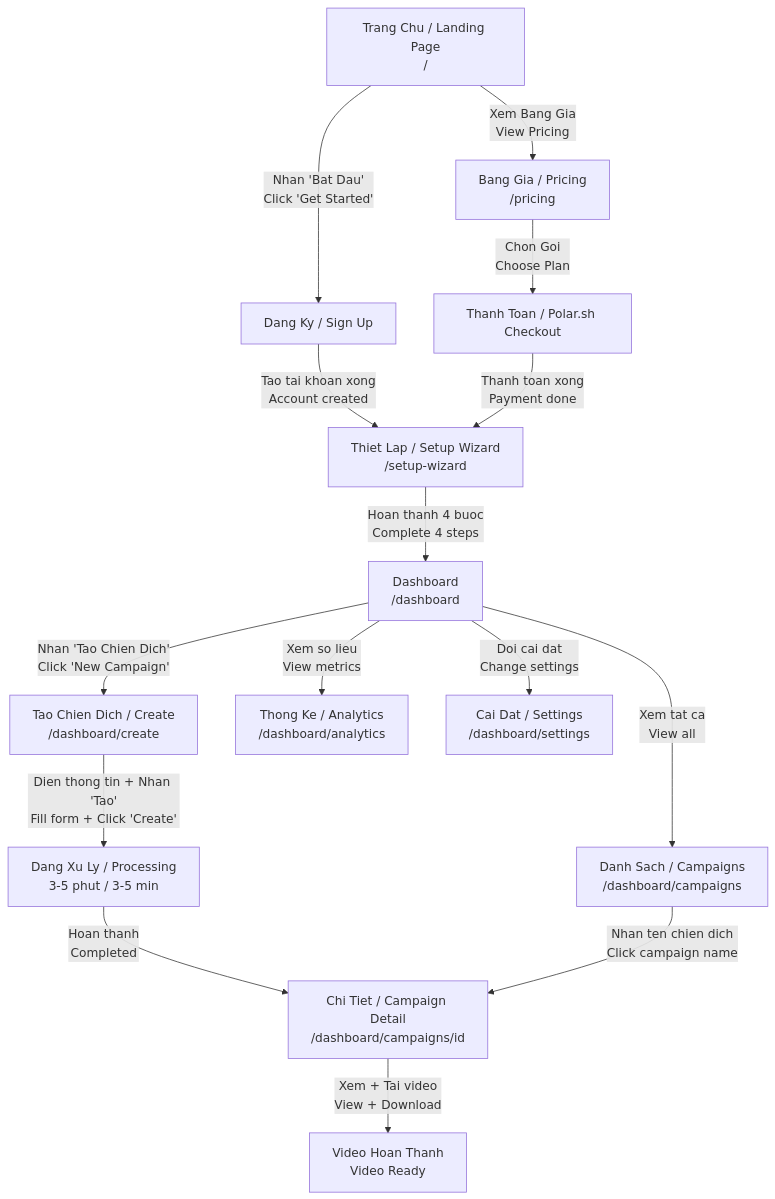
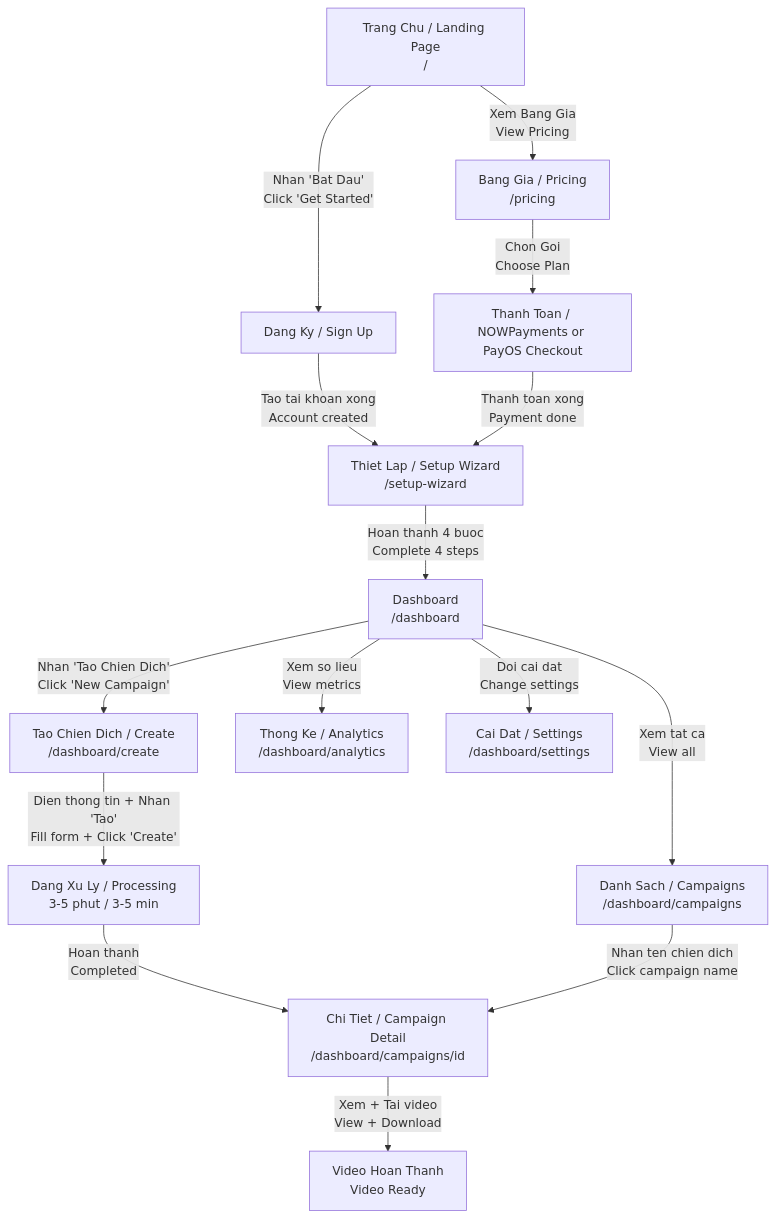
The first of 7 diagrams in docs/ui-flow-diagram.md (minhlongs/sophia-ai-factory), drawn with Mermaid before and after one commit. The commit also changed 75 other files, not shown here.

````diff
--- a/docs/ui-flow-diagram.md
+++ b/docs/ui-flow-diagram.md
@@ -12,26 +12,26 @@
 ```mermaid
 flowchart TD
     A["Trang Chu / Landing Page<br/>/"] -->|"Nhan 'Bat Dau'<br/>Click 'Get Started'"| B["Dang Ky / Sign Up"]
     A -->|"Xem Bang Gia<br/>View Pricing"| C["Bang Gia / Pricing<br/>/pricing"]
 
     B -->|"Tao tai khoan xong<br/>Account created"| D["Thiet Lap / Setup Wizard<br/>/setup-wizard"]
 
-    C -->|"Chon Goi<br/>Choose Plan"| E["Thanh Toan / Polar.sh Checkout"]
+    C -->|"Chon Goi<br/>Choose Plan"| E["Thanh Toan / NOWPayments or PayOS Checkout"]
     E -->|"Thanh toan xong<br/>Payment done"| D
 
     D -->|"Hoan thanh 4 buoc<br/>Complete 4 steps"| F["Dashboard<br/>/dashboard"]
 
     F -->|"Nhan 'Tao Chien Dich'<br/>Click 'New Campaign'"| G["Tao Chien Dich / Create<br/>/dashboard/create"]
 
     G -->|"Dien thong tin + Nhan 'Tao'<br/>Fill form + Click 'Create'"| H["Dang Xu Ly / Processing<br/>3-5 phut / 3-5 min"]
 
     H -->|"Hoan thanh<br/>Completed"| I["Chi Tiet / Campaign Detail<br/>/dashboard/campaigns/id"]
 
     I -->|"Xem + Tai video<br/>View + Download"| J["Video Hoan Thanh<br/>Video Ready"]
 
     F -->|"Xem tat ca<br/>View all"| K["Danh Sach / Campaigns<br/>/dashboard/campaigns"]
     F -->|"Xem so lieu<br/>View metrics"| L["Thong Ke / Analytics<br/>/dashboard/analytics"]
     F -->|"Doi cai dat<br/>Change settings"| M["Cai Dat / Settings<br/>/dashboard/settings"]
 
     K -->|"Nhan ten chien dich<br/>Click campaign name"| I
 ```
````
